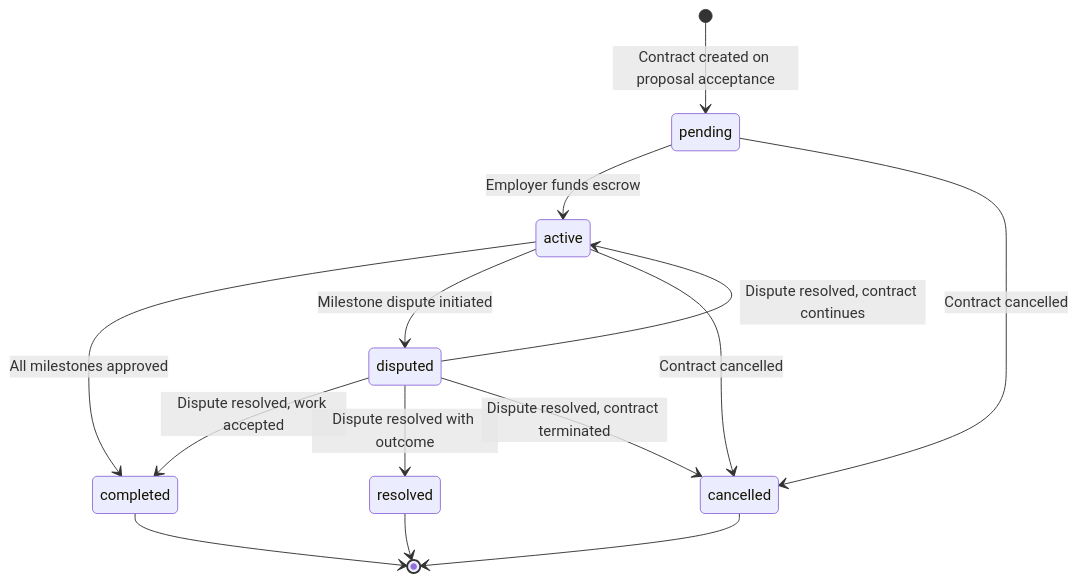
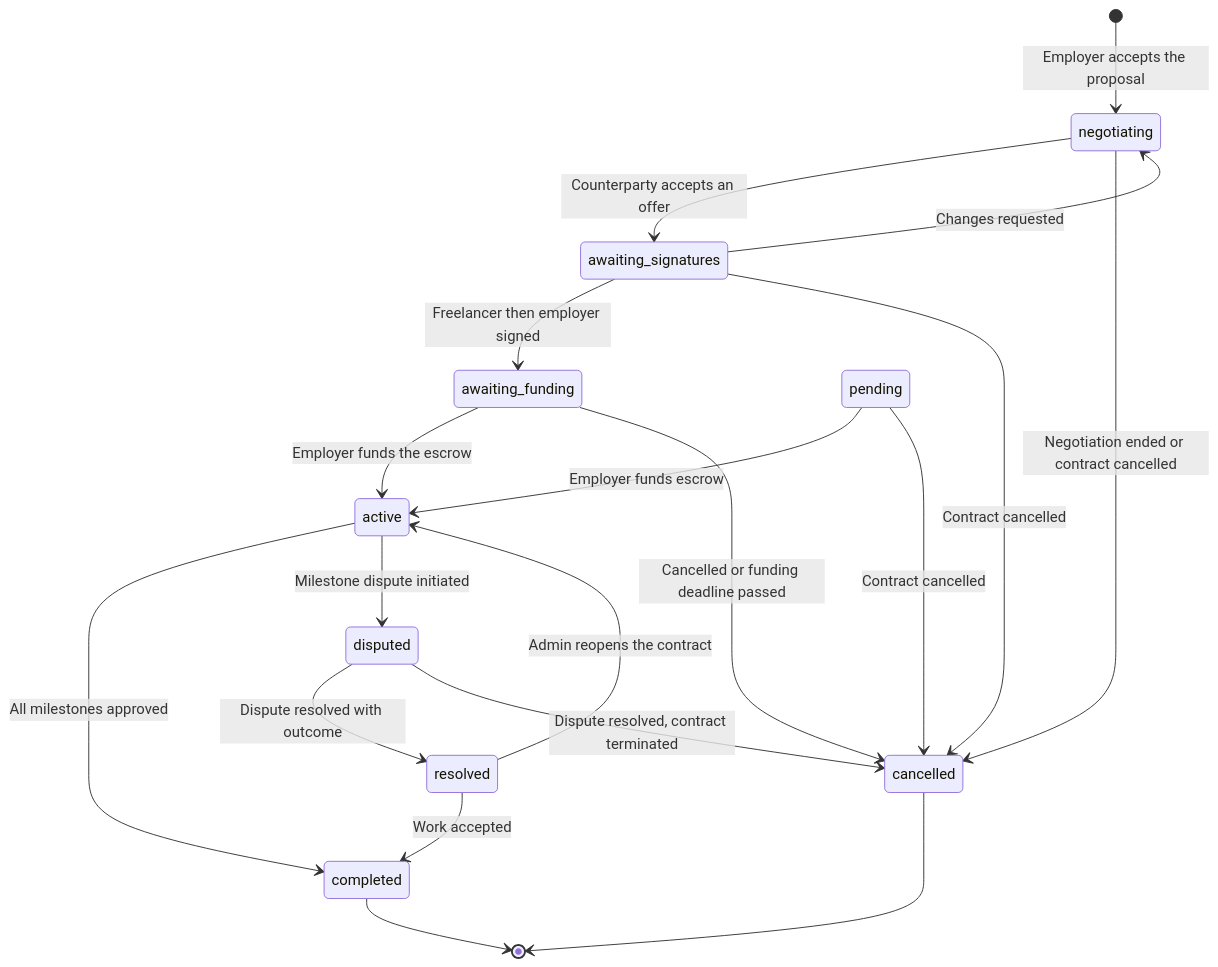
The first of 3 diagrams in docs/api/contracts.md (ProTechPh/FreelanceXchain-api), drawn with Mermaid before and after one commit. The commit also changed other lines of this file and 63 other files, not shown here.

Commit message:
feat: implement comprehensive contract negotiation, offering, and digital signature workflows

````diff
--- a/docs/api/contracts.md
+++ b/docs/api/contracts.md
@@ -391,16 +499,21 @@
 ```mermaid
 stateDiagram-v2
-[*] --> pending : Contract created on proposal acceptance
+[*] --> negotiating : Employer accepts the proposal
+negotiating --> awaiting_signatures : Counterparty accepts an offer
+negotiating --> cancelled : Negotiation ended or contract cancelled
+awaiting_signatures --> negotiating : Changes requested
+awaiting_signatures --> awaiting_funding : Freelancer then employer signed
+awaiting_signatures --> cancelled : Contract cancelled
+awaiting_funding --> active : Employer funds the escrow
+awaiting_funding --> cancelled : Cancelled or funding deadline passed
 pending --> active : Employer funds escrow
 pending --> cancelled : Contract cancelled
 active --> completed : All milestones approved
 active --> disputed : Milestone dispute initiated
-active --> cancelled : Contract cancelled
-disputed --> active : Dispute resolved, contract continues
-disputed --> completed : Dispute resolved, work accepted
 disputed --> resolved : Dispute resolved with outcome
 disputed --> cancelled : Dispute resolved, contract terminated
+resolved --> active : Admin reopens the contract
+resolved --> completed : Work accepted
 completed --> [*]
-resolved --> [*]
 cancelled --> [*]
 ```
````
